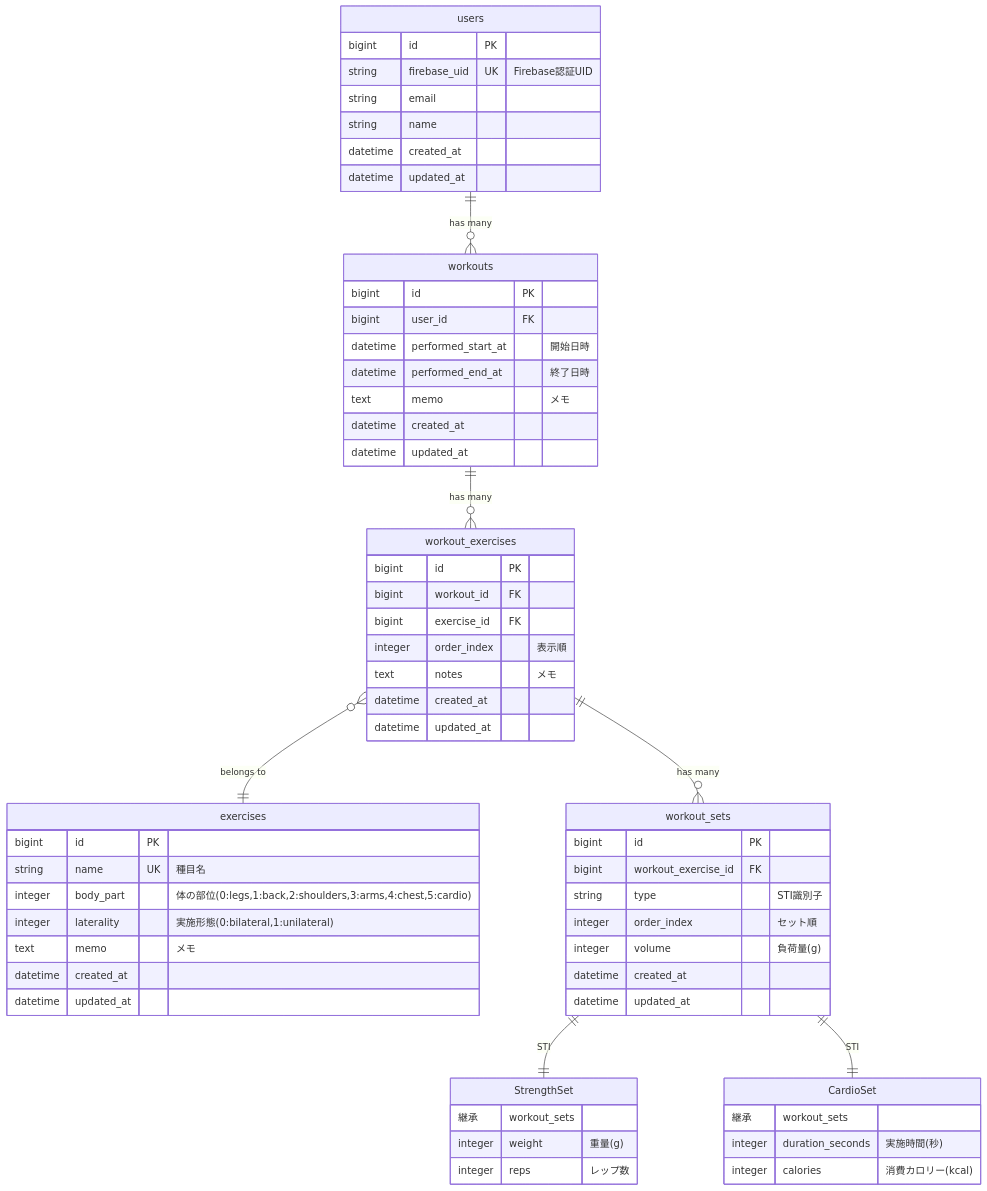
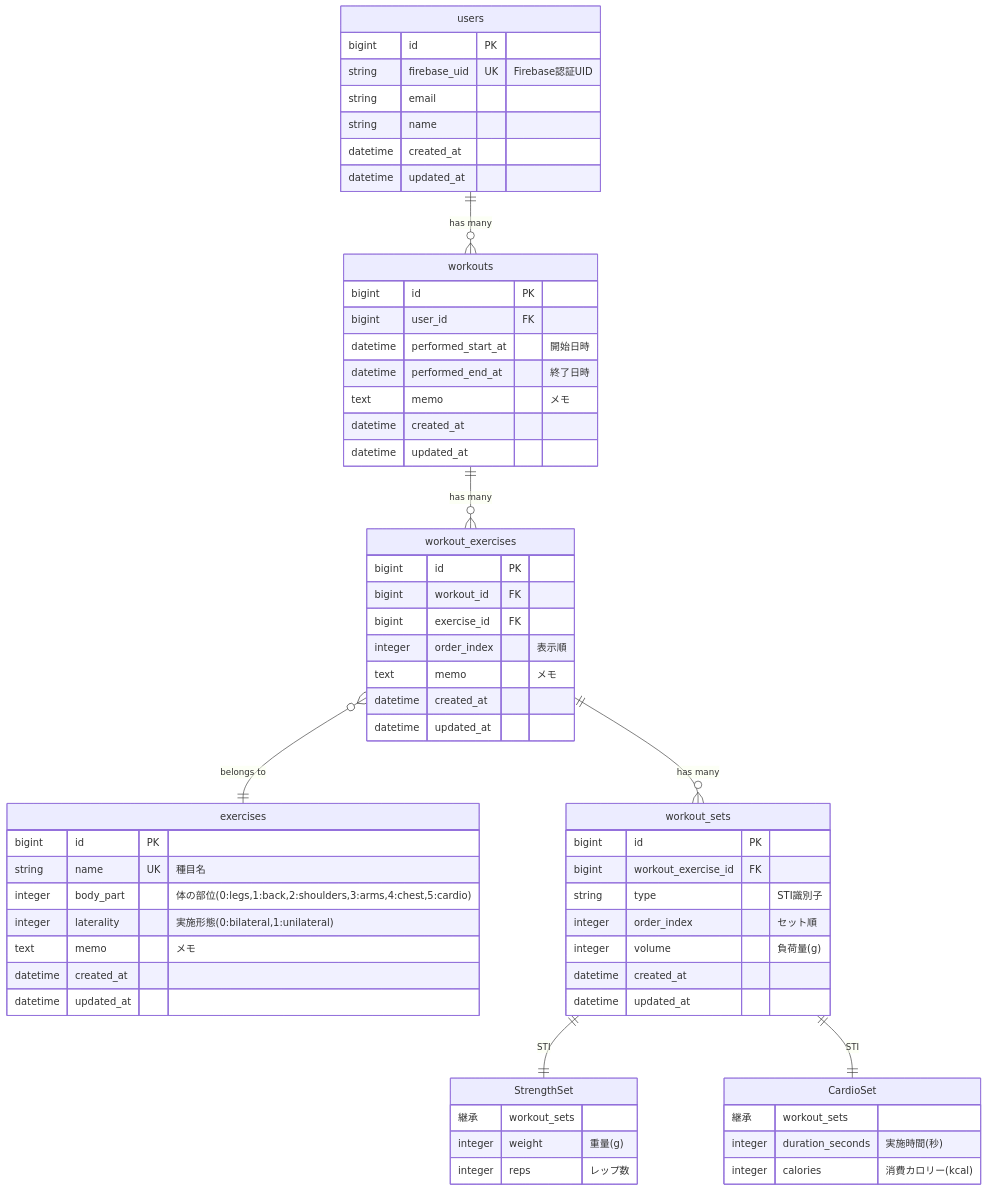
Before and after one commit to ANTON072/gym-note-api: the diagram in docs/データベース設計.md, drawn with Mermaid. The commit also changed other lines of this file and 5 other files, not shown here.

````diff
--- a/docs/データベース設計.md
+++ b/docs/データベース設計.md
@@ -5,70 +5,70 @@
 ```mermaid
 erDiagram
     users ||--o{ workouts : "has many"
     workouts ||--o{ workout_exercises : "has many"
     workout_exercises }o--|| exercises : "belongs to"
     workout_exercises ||--o{ workout_sets : "has many"
     workout_sets ||--|| StrengthSet : "STI"
     workout_sets ||--|| CardioSet : "STI"
 
     users {
         bigint id PK
         string firebase_uid UK "Firebase認証UID"
         string email
         string name
         datetime created_at
         datetime updated_at
     }
 
     exercises {
         bigint id PK
         string name UK "種目名"
         integer body_part "体の部位(0:legs,1:back,2:shoulders,3:arms,4:chest,5:cardio)"
         integer laterality "実施形態(0:bilateral,1:unilateral)"
         text memo "メモ"
         datetime created_at
         datetime updated_at
     }
 
     workouts {
         bigint id PK
         bigint user_id FK
         datetime performed_start_at "開始日時"
         datetime performed_end_at "終了日時"
         text memo "メモ"
         datetime created_at
         datetime updated_at
     }
 
     workout_exercises {
         bigint id PK
         bigint workout_id FK
         bigint exercise_id FK
         integer order_index "表示順"
-        text notes "メモ"
+        text memo "メモ"
         datetime created_at
         datetime updated_at
     }
 
     workout_sets {
         bigint id PK
         bigint workout_exercise_id FK
         string type "STI識別子"
         integer order_index "セット順"
         integer volume "負荷量(g)"
         datetime created_at
         datetime updated_at
     }
 
     StrengthSet {
         継承 workout_sets
         integer weight "重量(g)"
         integer reps "レップ数"
     }
 
     CardioSet {
         継承 workout_sets
         integer duration_seconds "実施時間(秒)"
         integer calories "消費カロリー(kcal)"
     }
 ```
````
